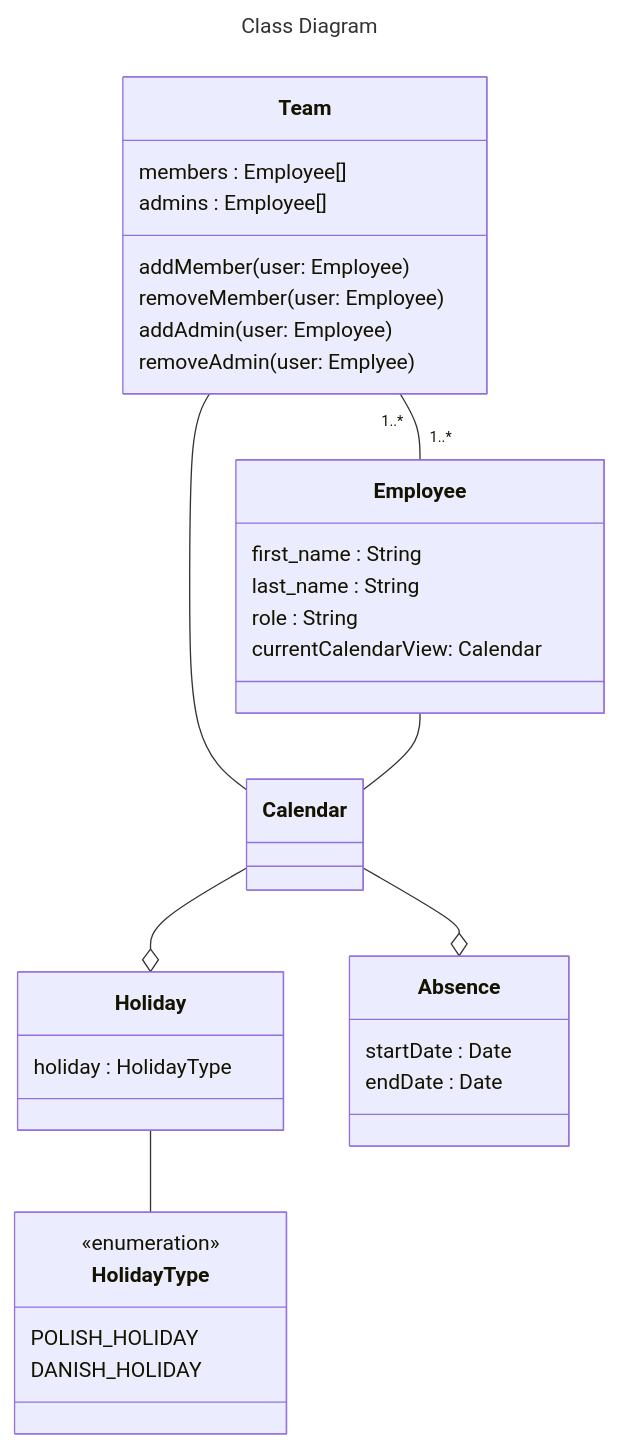
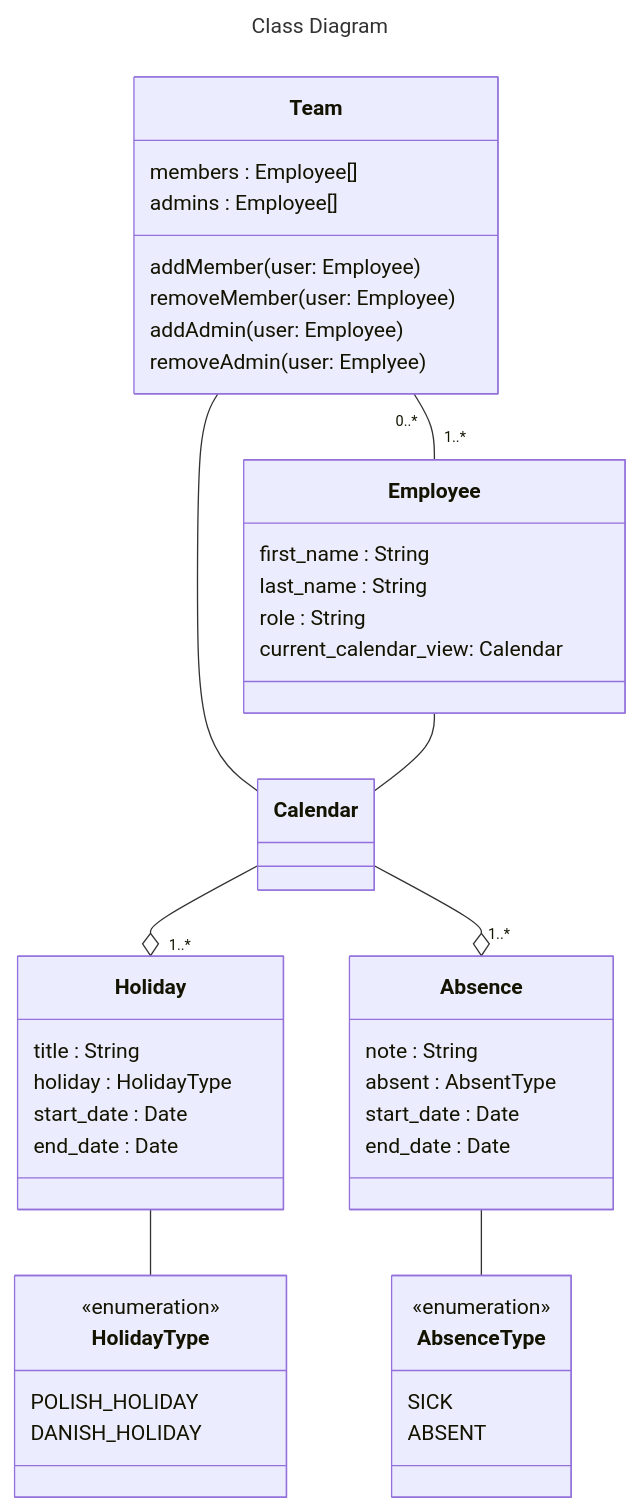
Before and after one commit to cs-24-sw-3-01/uml: the diagram in class_diagram.md, drawn with Mermaid.

````diff
--- a/class_diagram.md
+++ b/class_diagram.md
@@ -1,79 +1,92 @@
 ```mermaid
 ---
 title: Class Diagram
 ---
 classDiagram
     direction TB
 
-    Team "1..*" -- "1..*" Employee
+    Team "0..*" -- "1..*" Employee
 
 
 
 
 
     Team -- Calendar
     Employee -- Calendar
 
-    Calendar --o Holiday
+    Calendar --o "1..*" Holiday
 
-    Calendar --o Absence
+    Calendar --o "1..*" Absence
 
     Holiday -- HolidayType
+
+    Absence -- AbsenceType
 
 
 
 
 
     class HolidayType {
         <<enumeration>>
         POLISH_HOLIDAY
         DANISH_HOLIDAY
+    }
+
+    class AbsenceType {
+        <<enumeration>>
+        SICK
+        ABSENT
     }
 
 
 
     class Team {
         members : Employee[]
         admins : Employee[]
 
         addMember(user: Employee)
         removeMember(user: Employee)
         addAdmin(user: Employee)
         removeAdmin(user: Emplyee)
     }
 
     class Employee {
         first_name : String
         last_name : String
         role : String
-        currentCalendarView: Calendar
+        current_calendar_view: Calendar
 
     }
 
     class Absence {
-        startDate : Date
-        endDate : Date
+        note : String
+        absent : AbsentType
+        start_date : Date
+        end_date : Date
 
     }
 
     class Holiday {
+        title : String
         holiday : HolidayType
-
+        start_date : Date
+        end_date : Date
     }
 
     class Calendar {
+
 
     }
 
 
 
 
 
 
 
 
 
 
 
 
 ```
````
